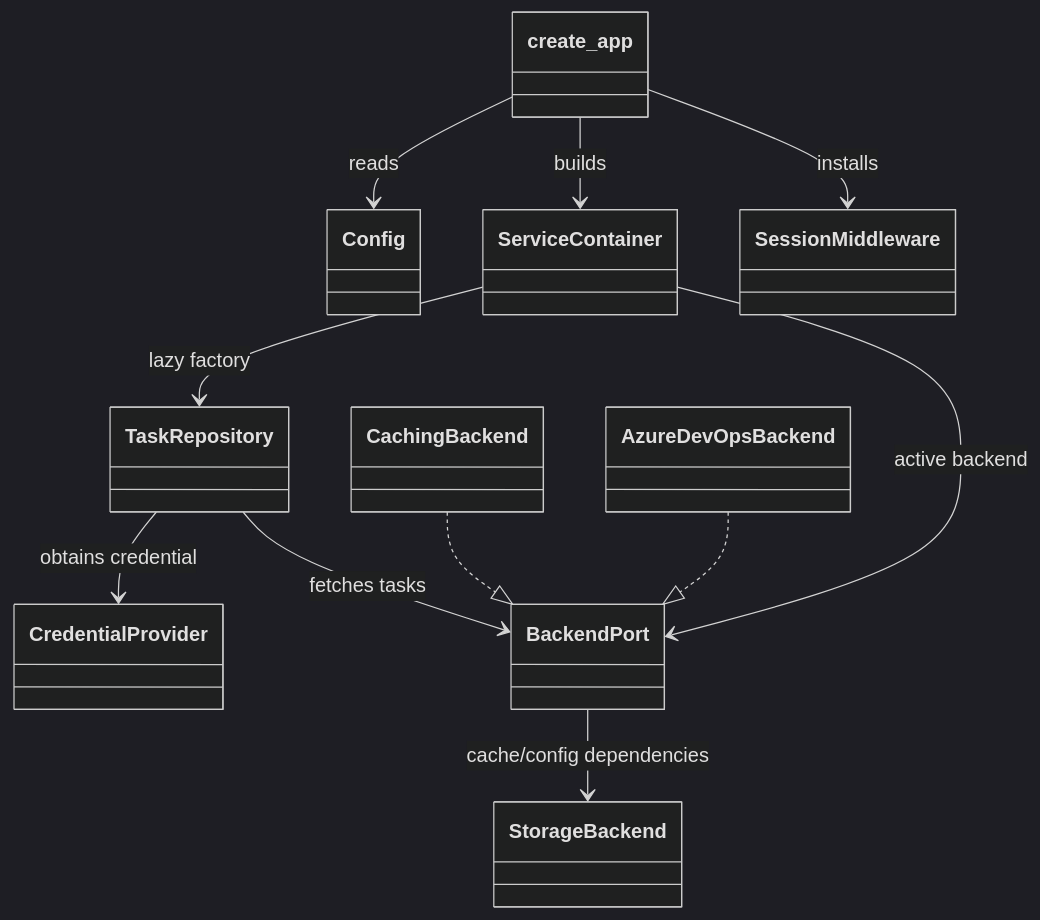
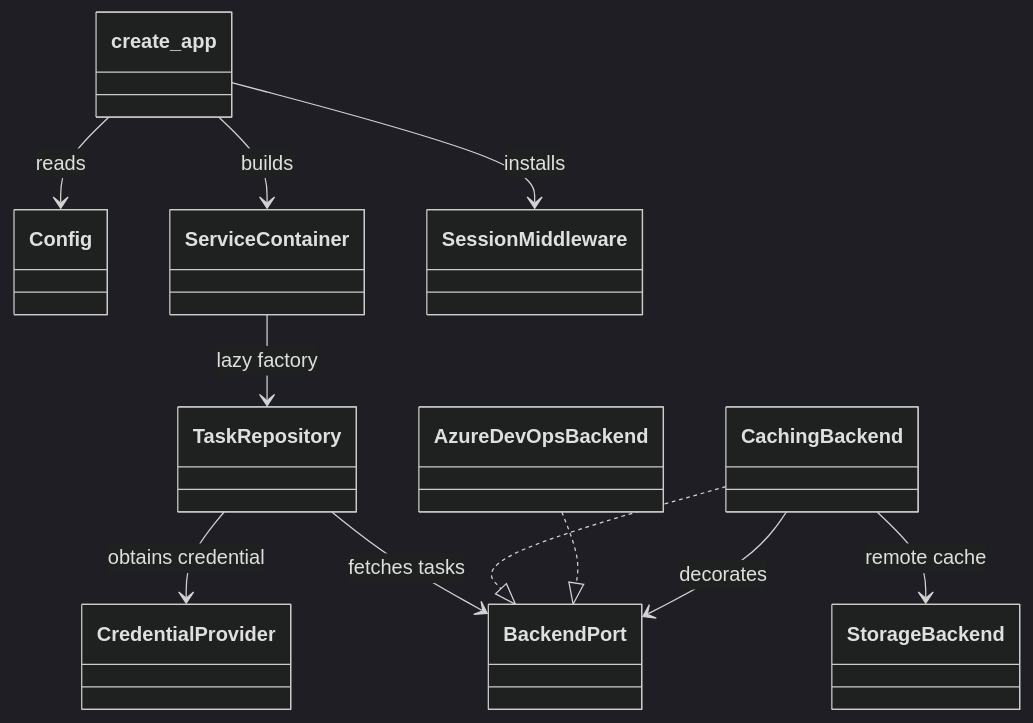
One commit to kpoppel/PlannerTool changed the fourth of 5 diagrams in docs/ARCHITECTURE_SERVER.md. Above: the diagram before and after it, drawn with Mermaid (dark theme). The commit also changed other lines of this file and 4 other files, not shown here.

````diff
--- a/docs/ARCHITECTURE_SERVER.md
+++ b/docs/ARCHITECTURE_SERVER.md
@@ -245,24 +229,24 @@
 ```mermaid
 classDiagram
     class Config
     class create_app
     class ServiceContainer
     class SessionMiddleware
     class TaskRepository
     class CredentialProvider
     class BackendPort
     class CachingBackend
     class AzureDevOpsBackend
     class StorageBackend
 
     create_app --> Config : reads
     create_app --> ServiceContainer : builds
     create_app --> SessionMiddleware : installs
     ServiceContainer --> TaskRepository : lazy factory
-    ServiceContainer --> BackendPort : active backend
     TaskRepository --> CredentialProvider : obtains credential
     TaskRepository --> BackendPort : fetches tasks
     CachingBackend ..|> BackendPort
     AzureDevOpsBackend ..|> BackendPort
-    BackendPort --> StorageBackend : cache/config dependencies
+    CachingBackend --> BackendPort : decorates
+    CachingBackend --> StorageBackend : remote cache
 ```
````
